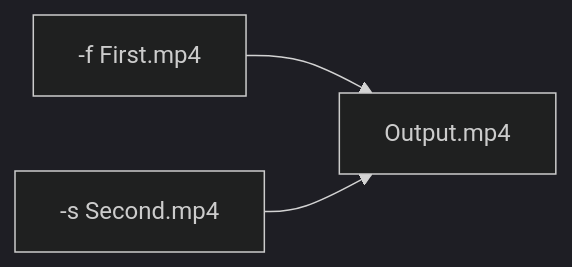
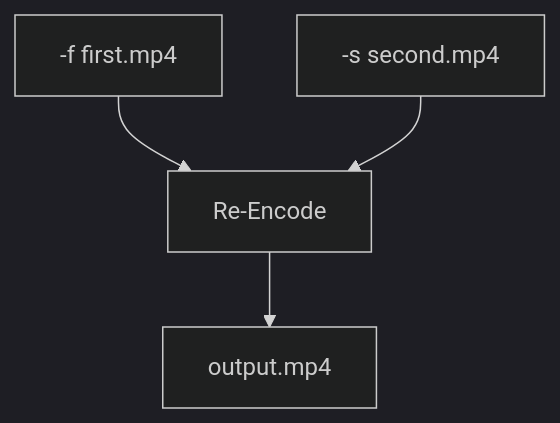
Before and after one commit to IORoot/Video_FFMPEG-Scriptflow: the first of 6 diagrams in README.md, drawn with Mermaid (dark theme). The commit also changed other lines of this file, not shown here.

````diff
--- a/README.md
+++ b/README.md
@@ -49,10 +49,12 @@
 ```mermaid
 
-graph LR
-	first["-f First.mp4"]
-	second["-s Second.mp4"]
-	output["Output.mp4"]
+graph TB
+	first["-f first.mp4"]
+	second["-s second.mp4"]
+	output["output.mp4"]
+	reencode["Re-Encode"]
 
-	first-->output
-	second-->output
+	first-->reencode
+	second-->reencode
+	reencode-->output
 ```
````
